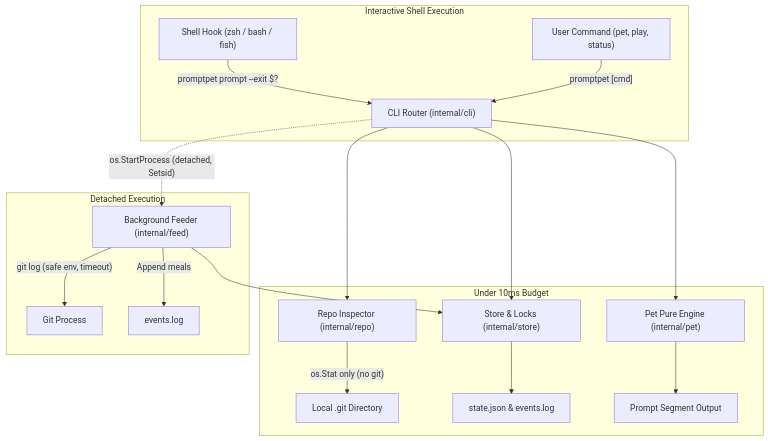
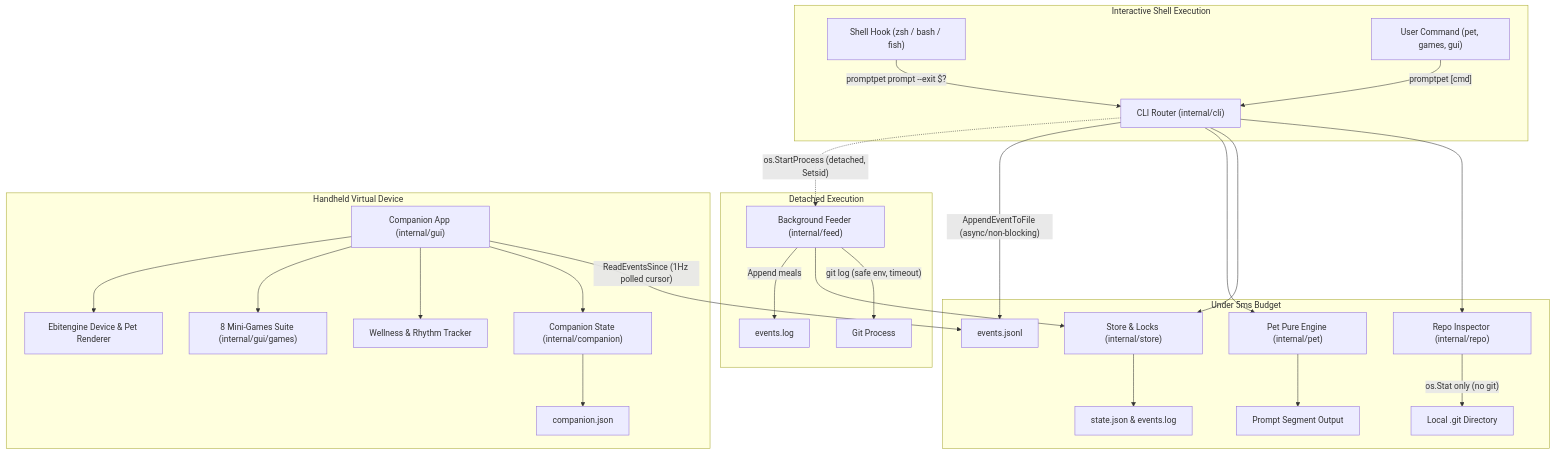
One commit to dpologdvinity/promptpet changed the diagram in ARCHITECTURE.md. Above: the diagram before and after it, drawn with Mermaid. The commit also changed other lines of this file and 10 other files, not shown here.

Commit message:
docs: document virtual device companion, mini-games, and benchmarks

````diff
--- a/ARCHITECTURE.md
+++ b/ARCHITECTURE.md
@@ -17,23 +19,33 @@
 ```mermaid
 graph TD
     subgraph Shell Prompt Context [Interactive Shell Execution]
         Hook["Shell Hook (zsh / bash / fish)"] -->|"promptpet prompt --exit $?"| CLI["CLI Router (internal/cli)"]
-        User["User Command (pet, play, status)"] -->|"promptpet [cmd]"| CLI
+        User["User Command (pet, games, gui)"] -->|"promptpet [cmd]"| CLI
     end
 
-    subgraph Prompt Hot Path [Under 10ms Budget]
+    subgraph Prompt Hot Path [Under 5ms Budget]
         CLI --> Repo["Repo Inspector (internal/repo)"]
         Repo -->|"os.Stat only (no git)"| GitDir["Local .git Directory"]
         CLI --> Store["Store & Locks (internal/store)"]
         Store --> StateFile["state.json & events.log"]
         CLI --> Pet["Pet Pure Engine (internal/pet)"]
         Pet --> PromptRender["Prompt Segment Output"]
+        CLI -->|"AppendEventToFile (async/non-blocking)"| IPC["events.jsonl"]
     end
 
     subgraph Background Feeder [Detached Execution]
         CLI -.->|"os.StartProcess (detached, Setsid)"| Feeder["Background Feeder (internal/feed)"]
         Feeder -->|"git log (safe env, timeout)"| GitCLI["Git Process"]
         Feeder --> Store
         Feeder -->|"Append meals"| EventLog["events.log"]
     end
+
+    subgraph Desktop Companion GUI [Handheld Virtual Device]
+        GUI["Companion App (internal/gui)"] -->|"ReadEventsSince (1Hz polled cursor)"| IPC
+        GUI --> CompState["Companion State (internal/companion)"]
+        CompState --> CompFile["companion.json"]
+        GUI --> Wellness["Wellness & Rhythm Tracker"]
+        GUI --> Games["8 Mini-Games Suite (internal/gui/games)"]
+        GUI --> Renderer["Ebitengine Device & Pet Renderer"]
+    end
 ```
````
